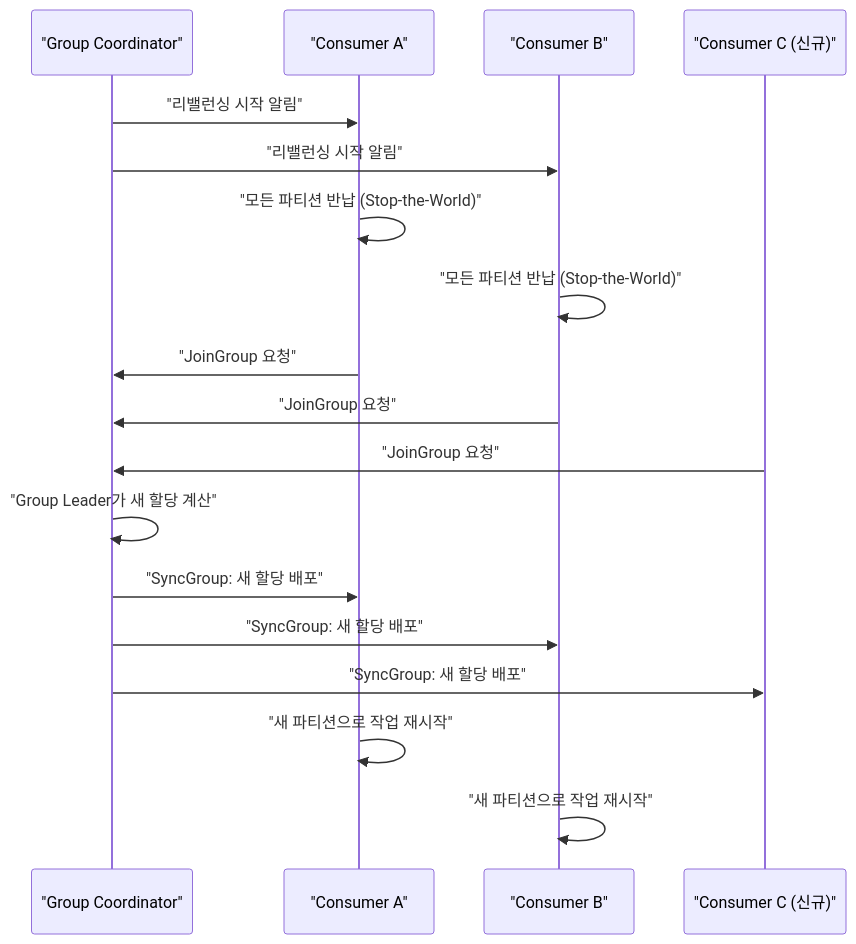
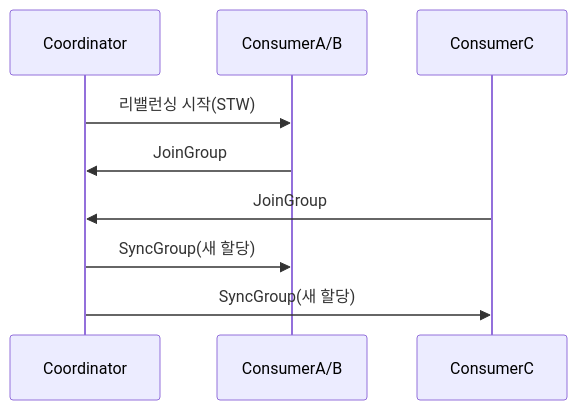
Before and after one commit to yjkim2015/yjkim2015.github.io: the third of 7 diagrams in _posts/kafka/2026-05-01-kafka-consumer-deep.md, drawn with Mermaid. The commit also changed other lines of this file and 215 other files, not shown here.

First line of the commit message:
신규 포스트 10개 추가 + Mermaid 전면 축소 + SystemDesign 시리즈 보강

````diff
--- a/_posts/kafka/2026-05-01-kafka-consumer-deep.md
+++ b/_posts/kafka/2026-05-01-kafka-consumer-deep.md
@@ -152,21 +130,11 @@
 ```mermaid
 sequenceDiagram
-    participant GC as "Group Coordinator"
-    participant CA as "Consumer A"
-    participant CB as "Consumer B"
-    participant CC as "Consumer C (신규)"
-
-    GC ->> CA: "리밸런싱 시작 알림"
-    GC ->> CB: "리밸런싱 시작 알림"
-    CA ->> CA: "모든 파티션 반납 (Stop-the-World)"
-    CB ->> CB: "모든 파티션 반납 (Stop-the-World)"
-    CA ->> GC: "JoinGroup 요청"
-    CB ->> GC: "JoinGroup 요청"
-    CC ->> GC: "JoinGroup 요청"
-    GC ->> GC: "Group Leader가 새 할당 계산"
-    GC ->> CA: "SyncGroup: 새 할당 배포"
-    GC ->> CB: "SyncGroup: 새 할당 배포"
-    GC ->> CC: "SyncGroup: 새 할당 배포"
-    CA ->> CA: "새 파티션으로 작업 재시작"
-    CB ->> CB: "새 파티션으로 작업 재시작"
+    participant GC as Coordinator
+    participant CA as ConsumerA/B
+    participant CC as ConsumerC
+    GC->>CA: 리밸런싱 시작(STW)
+    CA->>GC: JoinGroup
+    CC->>GC: JoinGroup
+    GC->>CA: SyncGroup(새 할당)
+    GC->>CC: SyncGroup(새 할당)
 ```
````
